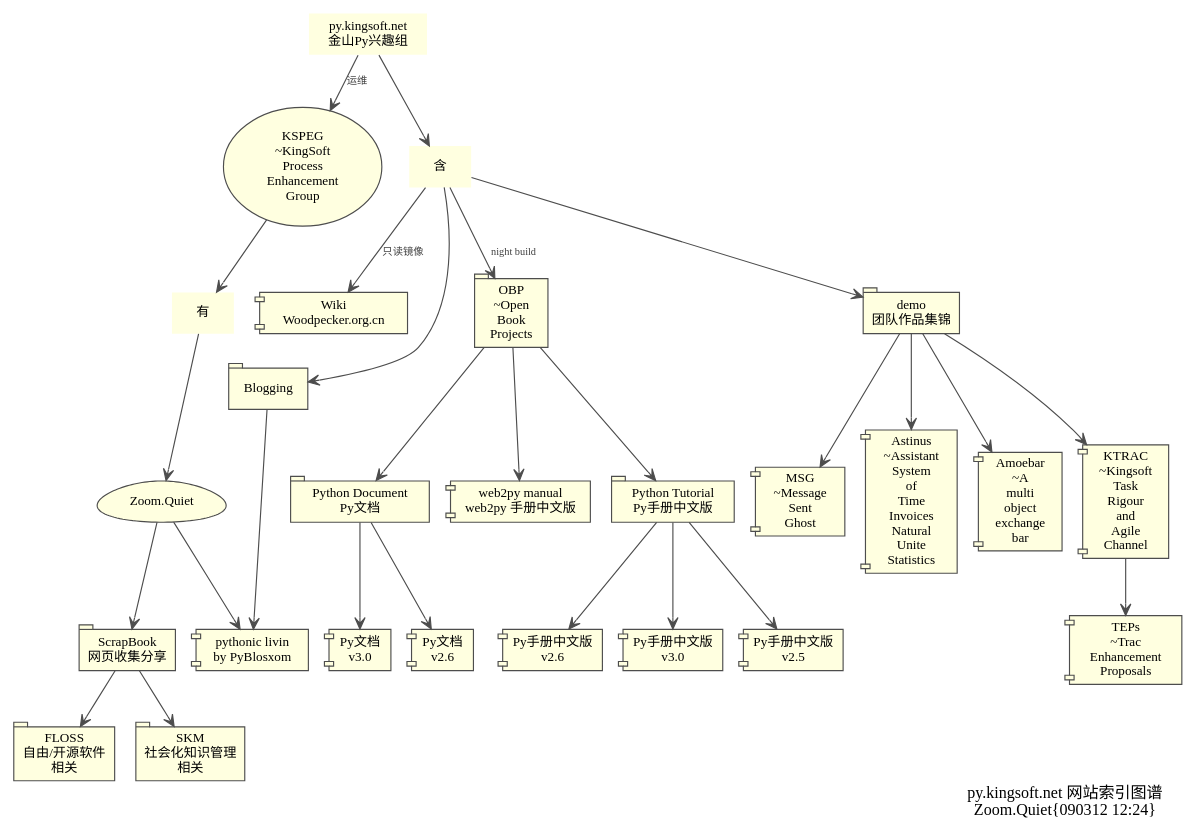
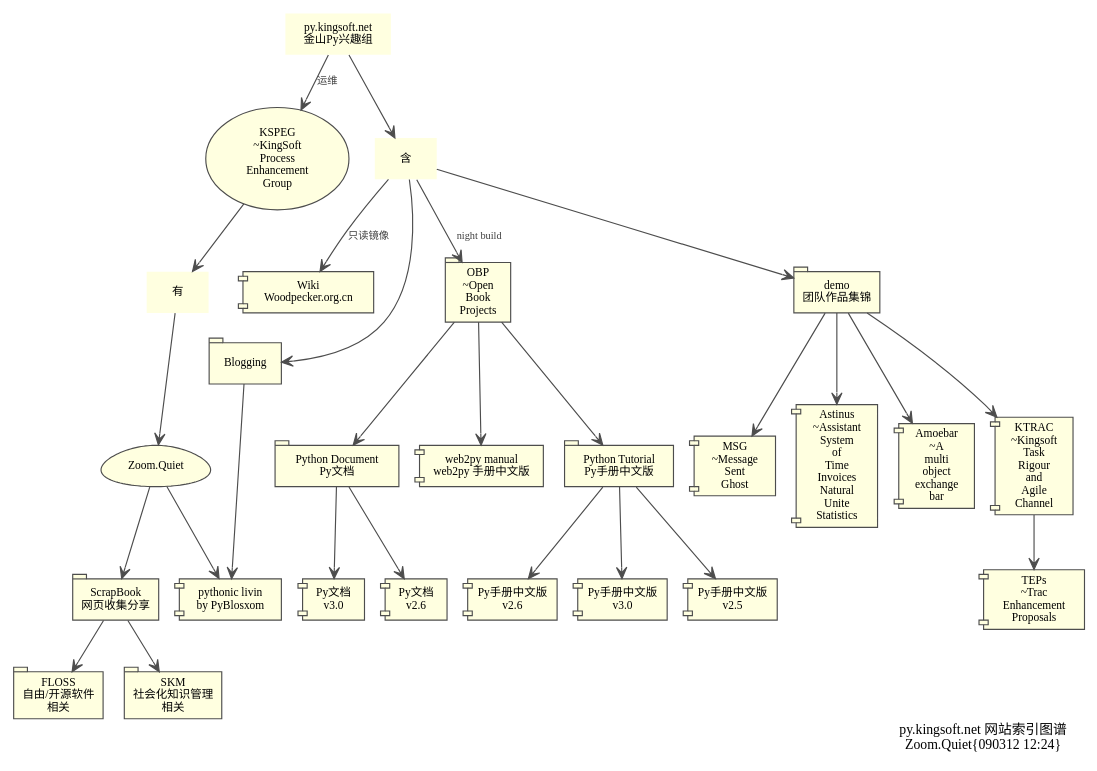
The diagram in tasks/py.k/idx/dotmapping/py-k-idx.dot (ZoomQuiet/zqlib.tangle), drawn with Graphviz before and after one commit. The commit also changed 2 other files, not shown here.

```diff
--- a/tasks/py.k/idx/dotmapping/py-k-idx.dot
+++ b/tasks/py.k/idx/dotmapping/py-k-idx.dot
@@ -1,83 +1,85 @@
 digraph mainmap {
 /*图片生成命令:: need:: apt-get install graphviz-cairo
 $ dot test.dot -Tpng -o test.png -Tcmapx -o test.map
         style=filled,
         fillcolor=lightyellow,
+        fontname="VeraSansYuanTi-Regular.ttf",        
+        WenQuanYi Zen Hei
         ratio=compress,fill size="12,9",
 */
     graph [label="py.kingsoft.net 网站索引图谱\nZoom.Quiet{090312 12:24}",
         labeljust="r",labelloc="b",
-        fontsize=14.0,
-        fontname="VeraSansYuanTi-Regular.ttf",        
+        fontsize=12.0,
+        fontname="WenQuanYi Zen Hei",
         center=1,
         ratio=compress,
         rankdir=TB,
         ];
-    node[fontsize=11.5,
+    node[fontsize=10,
         style=filled,fillcolor=lightyellow,
         color=gray30,
         shape=component,
         ];
     /*dir=both,shape=plaintext shape=folder*/
     edge [fontsize=9.0,
         fontcolor=gray25,
         color=gray30,
 		arrowhead=vee,
 		arrowtail=none,
         ];
     /*服务关系*/
     URL="http://py.kingsoft.net/";
     
     pyk->kspeg      [label="运维",];
     kspeg->author->ZQ;
     ZQ->zqblog;
     ZQ->zqscrap->zqfloss; zqscrap->zqskm;
     pyk->include->blog;
     blog->zqblog;
     
     include->DEMO;
     DEMO->ktrac->TEPs;
     DEMO->MSG;
     DEMO->TB;
     DEMO->AMB;
     
     include->WPWIKI [label="只读镜像",];
     include->OBP    [label="night build",];
     OBP->pytut->pytut25; pytut->pytut26; pytut->pytut3k;
     OBP->pydocs->pydocs26; pydocs->pydocs3k;
     OBP->web2py;
     
     /*服务元素
     is      [label="是",URL="http://wiki.rdev.kingsoft.net/moin/KUP"];
     */
     pyk      [label="py.kingsoft.net\n金山Py兴趣组",shape=plaintext,];
     kspeg    [label="KSPEG\n~KingSoft\nProcess\nEnhancement\nGroup",shape=ellipse,URL="http://groups.google.com/group/kspeg"];
     author   [label="有",shape=plaintext];
     include  [label="含",shape=plaintext];
     ZQ       [label="Zoom.Quiet",shape=egg,URL="http://zoomquiet.org"];
     zqblog   [label="pythonic livin\nby PyBlosxom",URL="zq/pyb/"];
     zqscrap  [label="ScrapBook\n网页收集分享",shape=tab,URL="zq/scrap/"];
     zqfloss   [label="FLOSS\n自由/开源软件\n相关",shape=tab,URL="zq/scrap/floss/"];
     zqskm    [label="SKM\n社会化知识管理\n相关",shape=tab,URL="zq/scrap/skm/"];
     
     blog     [label="Blogging",shape=tab,URL="blog/"];
     WPWIKI   [label="Wiki\nWoodpecker.org.cn",URL="wiki/"];
     
     DEMO     [label="demo\n团队作品集锦",shape=tab,URL="demo/"];
     ktrac    [label="KTRAC\n~Kingsoft\nTask\nRigour\nand\nAgile\nChannel",URL="http://trac-hacks.org/wiki/ZoomQuiet"];
     TEPs     [label="TEPs\n~Trac\nEnhancement\nProposals",URL="demo/ktrac/"];
     MSG      [label="MSG\n~Message\nSent\nGhost",URL="demo/msg/"];
     TB       [label="Astinus\n~Assistant\nSystem\nof\nTime\nInvoices\nNatural\nUnite\nStatistics",URL="demo/ast/"];
     AMB      [label="Amoebar\n~A\nmulti\nobject\nexchange\nbar",URL="demo/amb/"];
 
     OBP      [label="OBP\n~Open\nBook\nProjects",shape=tab,URL="http://code.google.com/p/openbookproject/"];
     pytut    [label="Python Tutorial\nPy手册中文版",shape=tab,URL="obp/pytut/"];
     pytut25  [label="Py手册中文版\nv2.5",URL="obp/pytut/25/"];
     pytut26  [label="Py手册中文版\nv2.6",URL="obp/pytut/26/"];
     pytut3k  [label="Py手册中文版\nv3.0",URL="obp/pytut/3000/"];
     pydocs   [label="Python Document\nPy文档",shape=tab,URL="obp/pydocs/"];
     pydocs26 [label="Py文档\nv2.6",URL="obp/pydocs/26/"];
     pydocs3k [label="Py文档\nv3.0",URL="obp/pydocs/3000/"];
     web2py   [label="web2py manual\nweb2py 手册中文版",URL="obp/web2py/man/"];
 
 }
```
